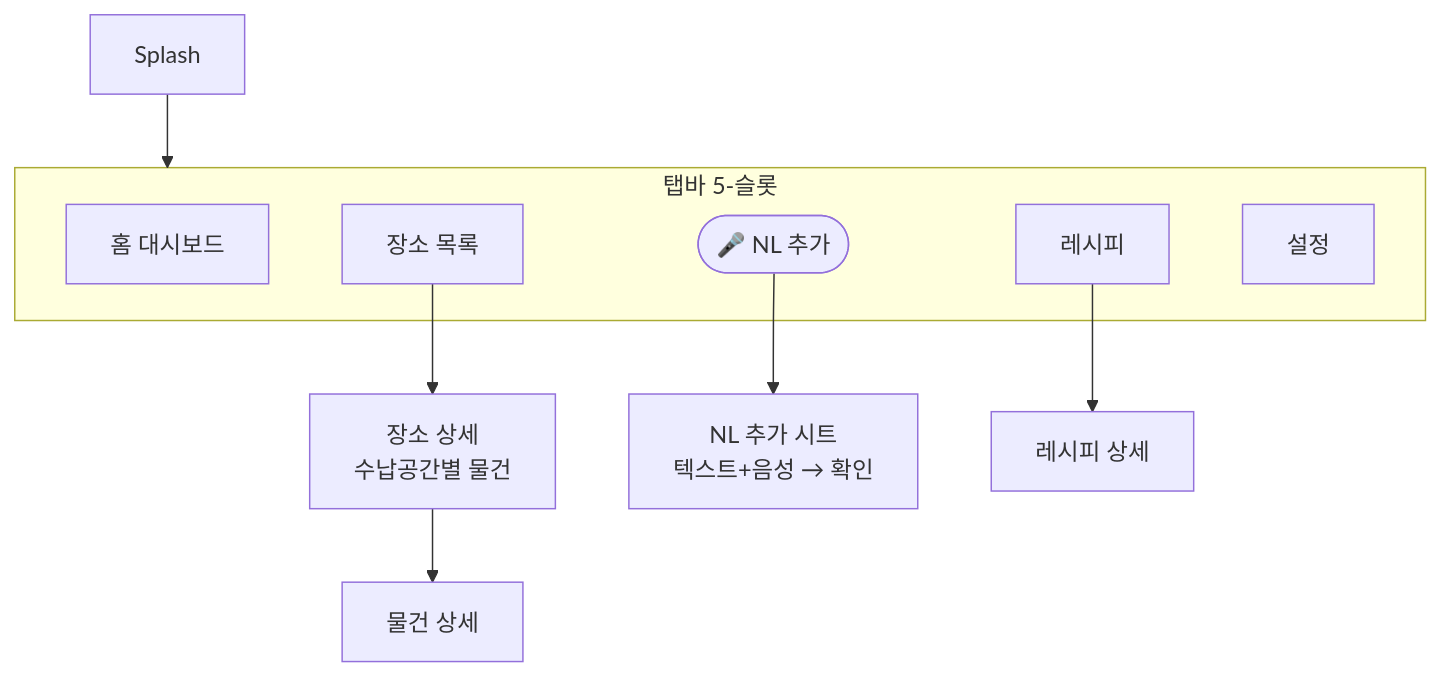
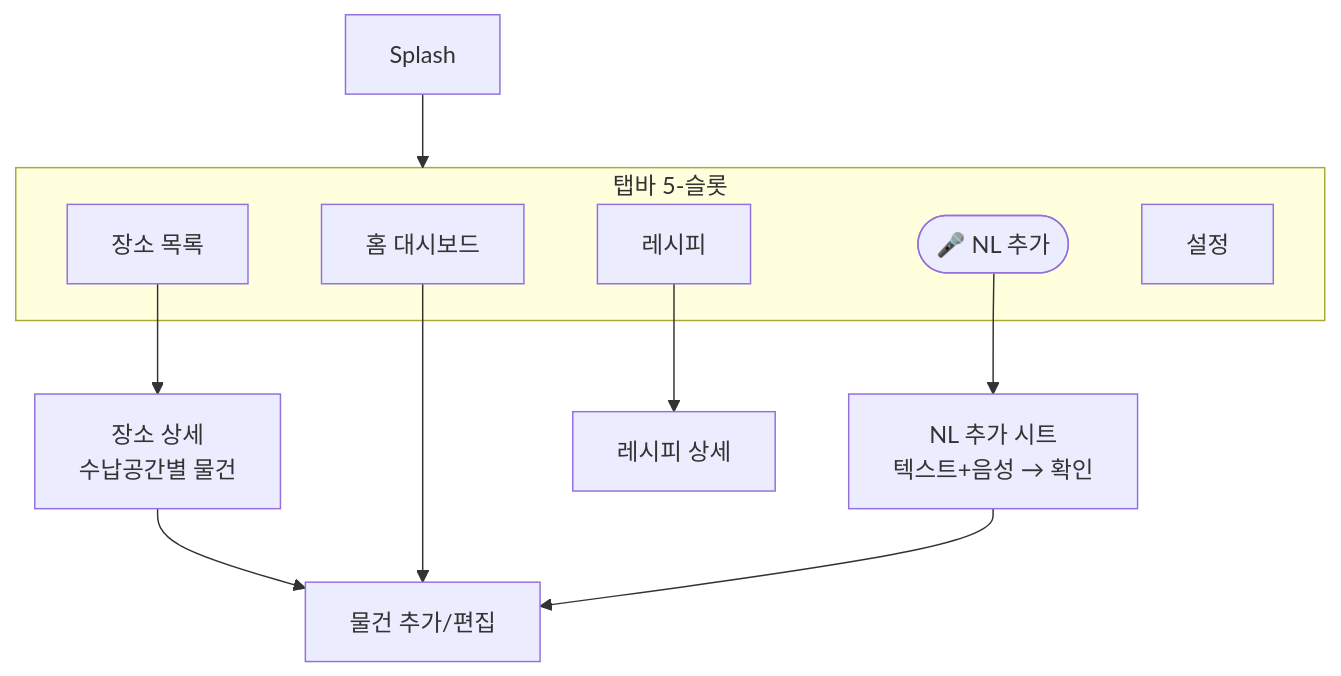
One commit to lks574/HomePinApp_iOS changed the diagram in docs/screen-map.md. Above: the diagram before and after it, drawn with Mermaid. The commit also changed other lines of this file and 12 other files, not shown here.

````diff
--- a/docs/screen-map.md
+++ b/docs/screen-map.md
@@ -15,15 +15,17 @@
 ```mermaid
 flowchart TD
     Splash --> Tab
     subgraph Tab[탭바 5-슬롯]
       Home[홈 대시보드]
       Places[장소 목록]
       Mic([🎤 NL 추가])
       Recipes[레시피]
       Settings[설정]
     end
     Places --> PlaceDetail[장소 상세<br/>수납공간별 물건]
-    PlaceDetail --> ItemDetail[물건 상세]
+    PlaceDetail --> ItemEditor[물건 추가/편집]
+    Home --> ItemEditor
+    Capture --> ItemEditor
     Mic --> Capture[NL 추가 시트<br/>텍스트+음성 → 확인]
     Recipes --> RecipeDetail[레시피 상세]
 ```
````
